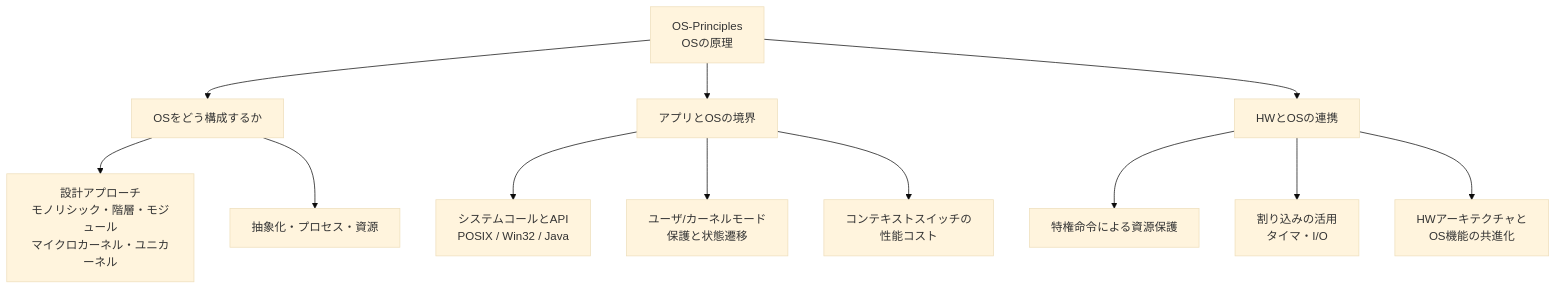
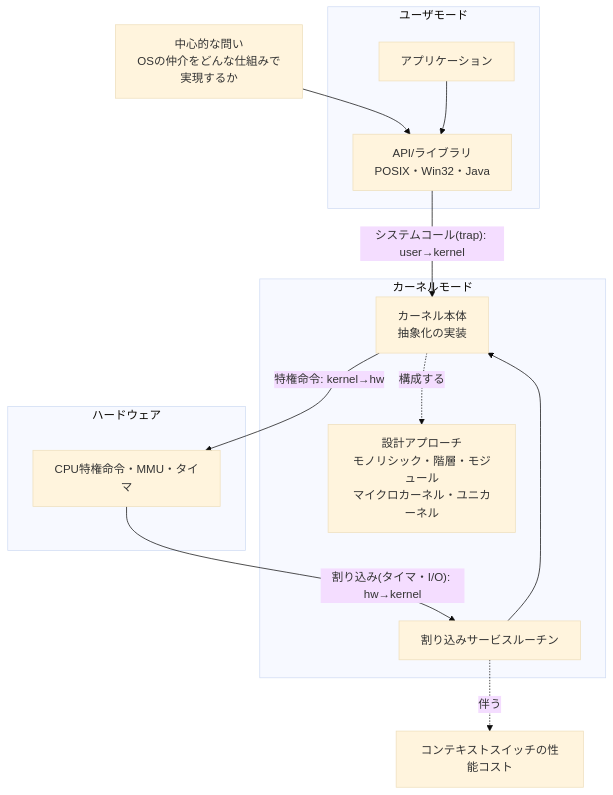
Before and after one commit to miyataka/cszap: the first of 3 diagrams in docs/OS/OS-Principles.md, drawn with Mermaid (base theme). The commit also changed other lines of this file and 28 other files, not shown here.

First line of the commit message:
docs: redesign 全体像 diagrams per unit (29 pages)

````diff
--- a/docs/OS/OS-Principles.md
+++ b/docs/OS/OS-Principles.md
@@ -12,14 +12,30 @@
 ```mermaid
 graph TD
-  A[OS-Principles<br/>OSの原理] --> B[OSをどう構成するか]
-  A --> C[アプリとOSの境界]
-  A --> D[HWとOSの連携]
-  B --> B1[設計アプローチ<br/>モノリシック・階層・モジュール<br/>マイクロカーネル・ユニカーネル]
-  B --> B2[抽象化・プロセス・資源]
-  C --> C1[システムコールとAPI<br/>POSIX / Win32 / Java]
-  C --> C2[ユーザ/カーネルモード<br/>保護と状態遷移]
-  C --> C3[コンテキストスイッチの<br/>性能コスト]
-  D --> D1[特権命令による資源保護]
-  D --> D2[割り込みの活用<br/>タイマ・I/O]
-  D --> D3[HWアーキテクチャと<br/>OS機能の共進化]
+  Q["中心的な問い<br/>OSの仲介をどんな仕組みで実現するか"]
+
+  subgraph USER["ユーザモード"]
+    APP["アプリケーション"]
+    API["API/ライブラリ<br/>POSIX・Win32・Java"]
+  end
+
+  subgraph KERNEL["カーネルモード"]
+    K["カーネル本体<br/>抽象化の実装"]
+    ISR["割り込みサービスルーチン"]
+    DESIGN["設計アプローチ<br/>モノリシック・階層・モジュール<br/>マイクロカーネル・ユニカーネル"]
+  end
+
+  subgraph HW["ハードウェア"]
+    H["CPU特権命令・MMU・タイマ"]
+  end
+
+  COST["コンテキストスイッチの性能コスト"]
+
+  Q --> API
+  APP --> API
+  API -->|"システムコール(trap): user→kernel"| K
+  H -->|"割り込み(タイマ・I/O): hw→kernel"| ISR
+  ISR --> K
+  K -->|"特権命令: kernel→hw"| H
+  K -.構成する.-> DESIGN
+  ISR -.伴う.-> COST
 ```
````
